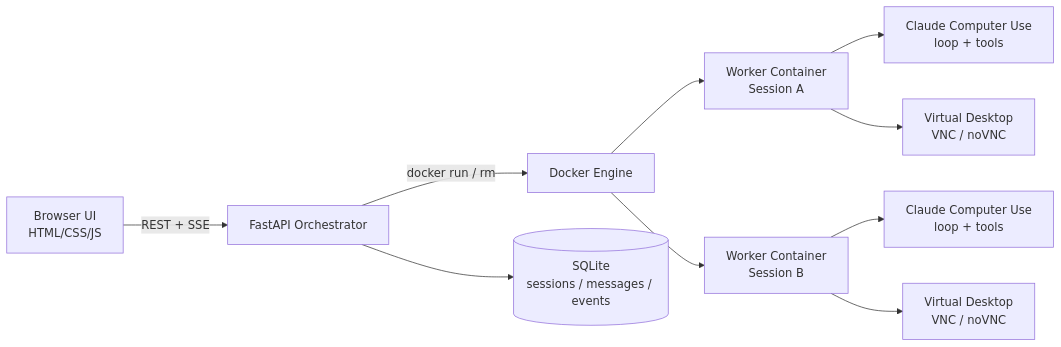
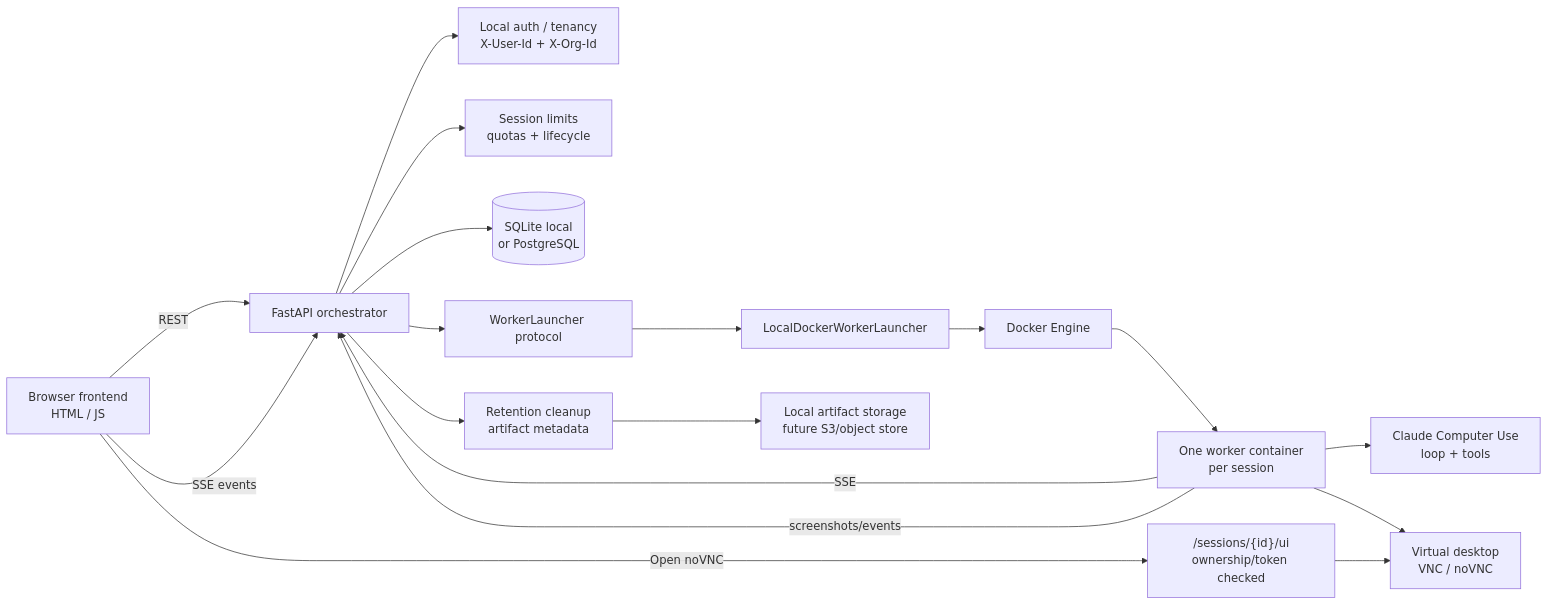
The diagram in README.md (Duvi-M/computer-use-orchestrator), drawn with Mermaid before and after one commit. The commit also changed other lines of this file and 7 other files, not shown here.

Commit message:
Add retention and artifact cleanup foundation

````diff
--- a/README.md
+++ b/README.md
@@ -47,12 +43,24 @@
 ```mermaid
 flowchart LR
-    U["Browser UI<br/>HTML/CSS/JS"] -->|"REST + SSE"| O["FastAPI Orchestrator"]
-    O -->|"docker run / rm"| D["Docker Engine"]
-    D --> W1["Worker Container<br/>Session A"]
-    D --> W2["Worker Container<br/>Session B"]
-    W1 --> C1["Claude Computer Use<br/>loop + tools"]
-    W2 --> C2["Claude Computer Use<br/>loop + tools"]
-    W1 --> V1["Virtual Desktop<br/>VNC / noVNC"]
-    W2 --> V2["Virtual Desktop<br/>VNC / noVNC"]
-    O --> DB[("SQLite<br/>sessions / messages / events")]
+    Browser["Browser frontend<br/>HTML / JS"] -->|"REST"| API["FastAPI orchestrator"]
+    Browser -->|"SSE events"| API
+    Browser -->|"Open noVNC"| UI["/sessions/{id}/ui<br/>ownership/token checked"]
+
+    API --> Auth["Local auth / tenancy<br/>X-User-Id + X-Org-Id"]
+    API --> Limits["Session limits<br/>quotas + lifecycle"]
+    API --> DB[("SQLite local<br/>or PostgreSQL")]
+    API --> Retention["Retention cleanup<br/>artifact metadata"]
+    API --> Launcher["WorkerLauncher protocol"]
+
+    Launcher --> LocalDocker["LocalDockerWorkerLauncher"]
+    LocalDocker --> Docker["Docker Engine"]
+    Docker --> Worker["One worker container<br/>per session"]
+
+    Worker --> Claude["Claude Computer Use<br/>loop + tools"]
+    Worker --> Desktop["Virtual desktop<br/>VNC / noVNC"]
+    Worker -->|"SSE"| API
+    Worker -->|"screenshots/events"| API
+
+    Retention --> Artifacts["Local artifact storage<br/>future S3/object store"]
+    UI --> Desktop
 ```
````
